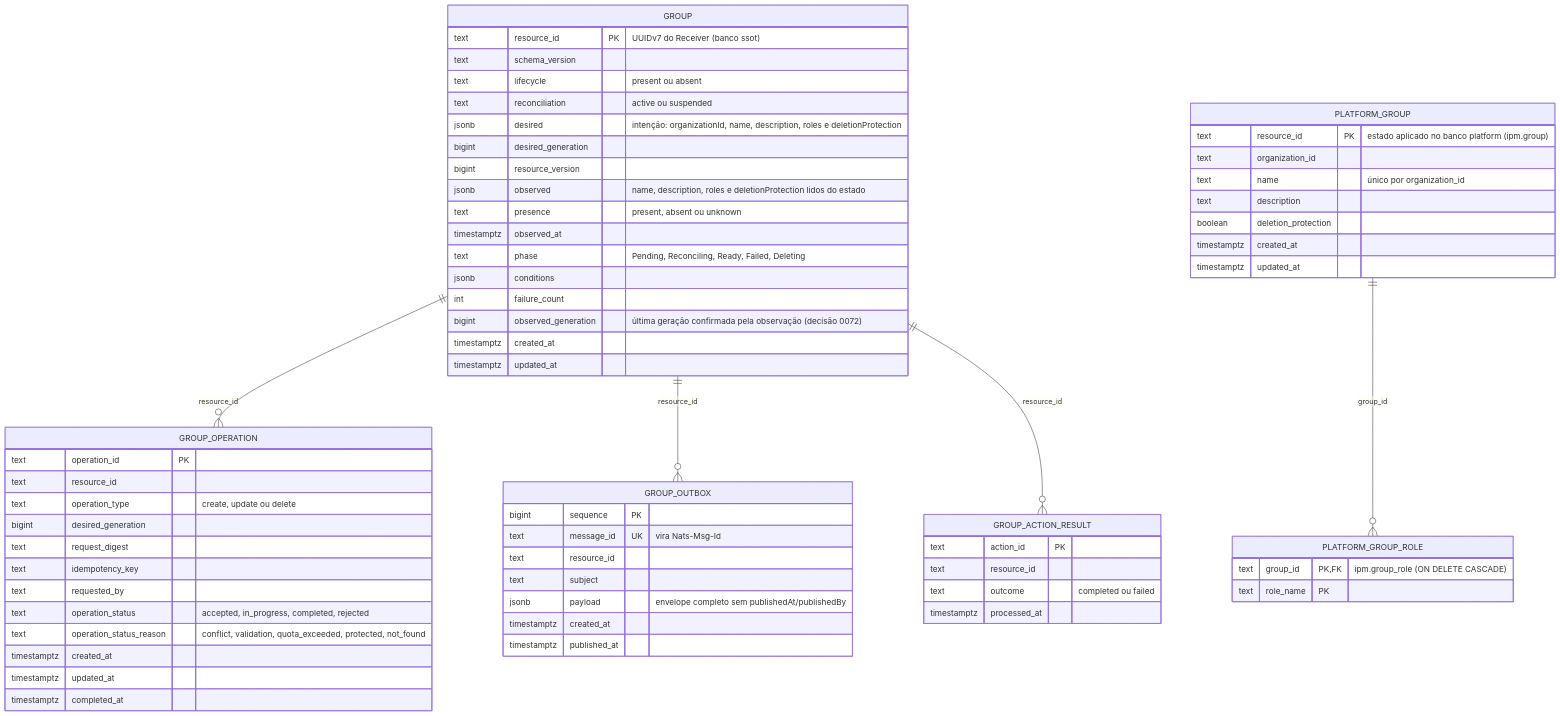
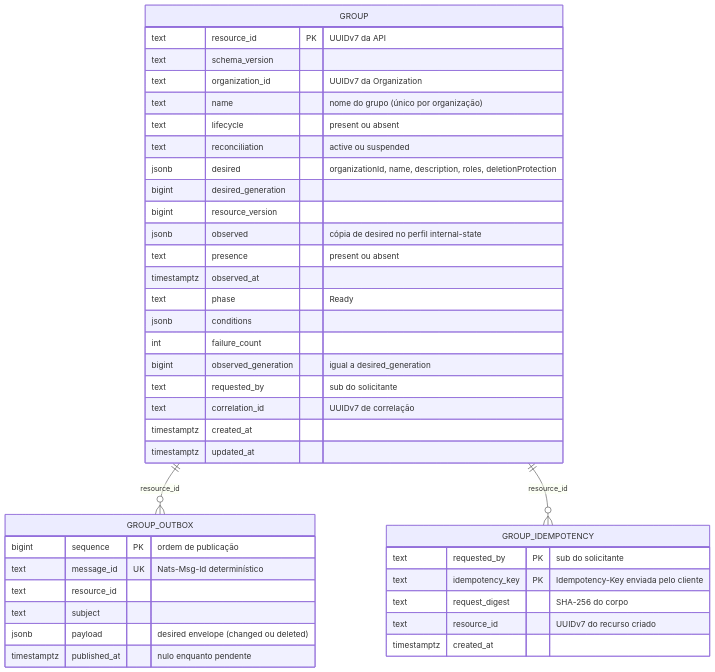
One commit to danielsabatini/smarkee changed the diagram in features/ipm/group/docs/database/01-er-fisico.mmd. Above: the diagram before and after it, drawn with Mermaid. The commit also changed 83 other files, not shown here.

Commit message:
docs(features): atualiza data flows e diagramas de role, group, bsm/account e core/account

```diff
--- a/features/ipm/group/docs/database/01-er-fisico.mmd
+++ b/features/ipm/group/docs/database/01-er-fisico.mmd
@@ -1,66 +1,41 @@
 erDiagram
-    GROUP ||--o{ GROUP_OPERATION : "resource_id"
     GROUP ||--o{ GROUP_OUTBOX : "resource_id"
-    GROUP ||--o{ GROUP_ACTION_RESULT : "resource_id"
-    PLATFORM_GROUP ||--o{ PLATFORM_GROUP_ROLE : "group_id"
+    GROUP ||--o{ GROUP_IDEMPOTENCY : "resource_id"
 
     GROUP {
-        text resource_id PK "UUIDv7 do Receiver (banco ssot)"
+        text resource_id PK "UUIDv7 da API"
         text schema_version
+        text organization_id "UUIDv7 da Organization"
+        text name "nome do grupo (único por organização)"
         text lifecycle "present ou absent"
         text reconciliation "active ou suspended"
-        jsonb desired "intenção: organizationId, name, description, roles e deletionProtection"
+        jsonb desired "organizationId, name, description, roles, deletionProtection"
         bigint desired_generation
         bigint resource_version
-        jsonb observed "name, description, roles e deletionProtection lidos do estado"
-        text presence "present, absent ou unknown"
+        jsonb observed "cópia de desired no perfil internal-state"
+        text presence "present ou absent"
         timestamptz observed_at
-        text phase "Pending, Reconciling, Ready, Failed, Deleting"
+        text phase "Ready"
         jsonb conditions
         int failure_count
-        bigint observed_generation "última geração confirmada pela observação (decisão 0072)"
+        bigint observed_generation "igual a desired_generation"
+        text requested_by "sub do solicitante"
+        text correlation_id "UUIDv7 de correlação"
         timestamptz created_at
         timestamptz updated_at
     }
-    GROUP_OPERATION {
-        text operation_id PK
-        text resource_id
-        text operation_type "create, update ou delete"
-        bigint desired_generation
-        text request_digest
-        text idempotency_key
-        text requested_by
-        text operation_status "accepted, in_progress, completed, rejected"
-        text operation_status_reason "conflict, validation, quota_exceeded, protected, not_found"
-        timestamptz created_at
-        timestamptz updated_at
-        timestamptz completed_at
-    }
     GROUP_OUTBOX {
-        bigint sequence PK
-        text message_id UK "vira Nats-Msg-Id"
+        bigint sequence PK "ordem de publicação"
+        text message_id UK "Nats-Msg-Id determinístico"
         text resource_id
         text subject
-        jsonb payload "envelope completo sem publishedAt/publishedBy"
+        jsonb payload "desired envelope (changed ou deleted)"
+        timestamptz published_at "nulo enquanto pendente"
+    }
+    GROUP_IDEMPOTENCY {
+        text requested_by PK "sub do solicitante"
+        text idempotency_key PK "Idempotency-Key enviada pelo cliente"
+        text request_digest "SHA-256 do corpo"
+        text resource_id "UUIDv7 do recurso criado"
         timestamptz created_at
-        timestamptz published_at
     }
-    GROUP_ACTION_RESULT {
-        text action_id PK
-        text resource_id
-        text outcome "completed ou failed"
-        timestamptz processed_at
-    }
-    PLATFORM_GROUP {
-        text resource_id PK "estado aplicado no banco platform (ipm.group)"
-        text organization_id
-        text name "único por organization_id"
-        text description
-        boolean deletion_protection
-        timestamptz created_at
-        timestamptz updated_at
-    }
-    PLATFORM_GROUP_ROLE {
-        text group_id PK,FK "ipm.group_role (ON DELETE CASCADE)"
-        text role_name PK
-    }
```
